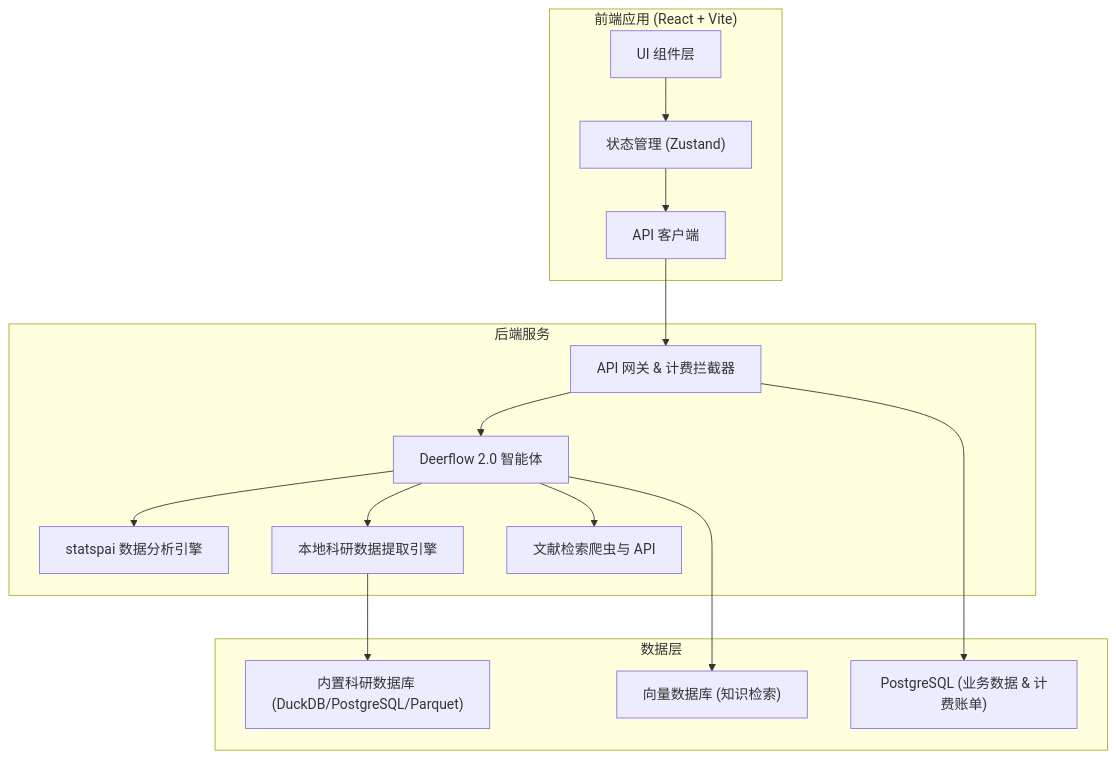
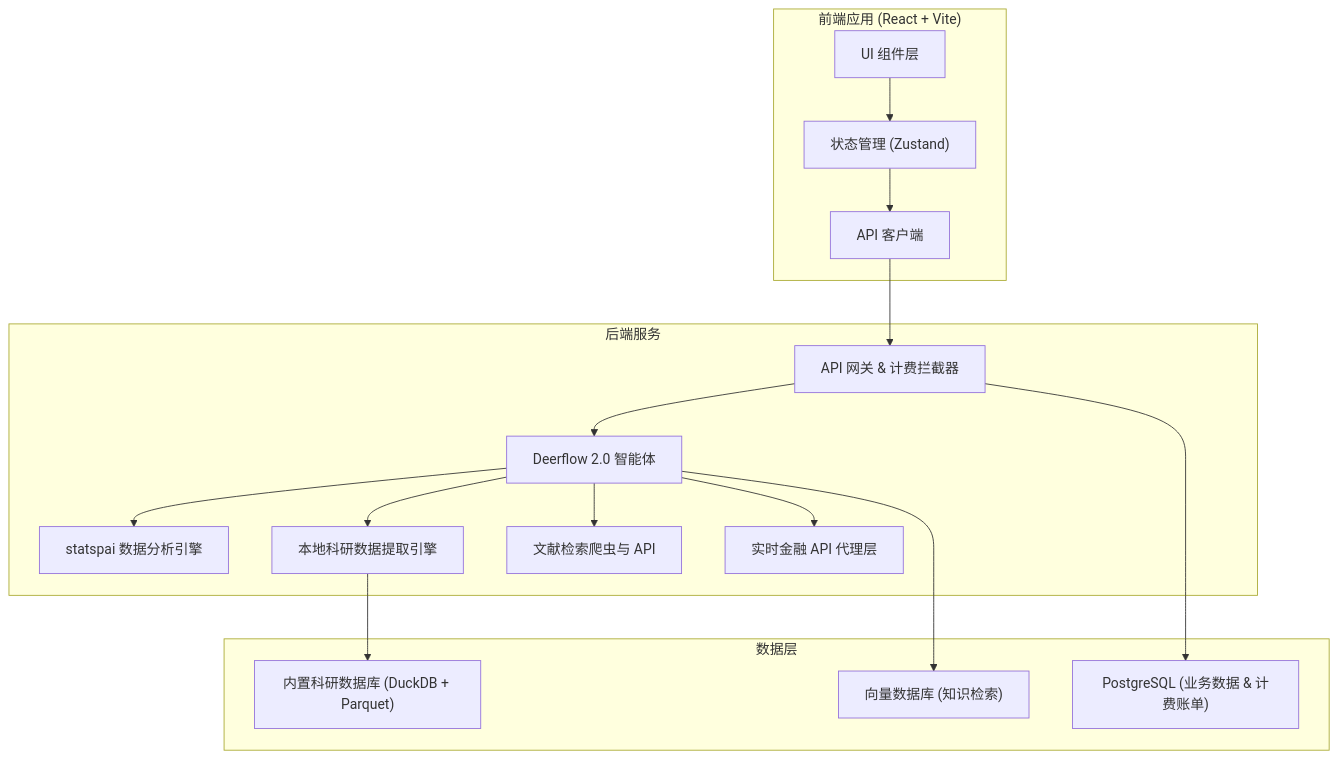
Before and after one commit to ZhangMochen1314/ZhangMochen1314: the first of 3 diagrams in .trae/documents/technical_architecture.md, drawn with Mermaid. The commit also changed other lines of this file and 1 other file, not shown here.

````diff
--- a/.trae/documents/technical_architecture.md
+++ b/.trae/documents/technical_architecture.md
@@ -2,33 +2,35 @@
 ```mermaid
 graph TD
     subgraph "前端应用 (React + Vite)"
         UI["UI 组件层"]
         State["状态管理 (Zustand)"]
         API_Client["API 客户端"]
     end
     
     subgraph "后端服务"
         Gateway["API 网关 & 计费拦截器"]
         Agent["Deerflow 2.0 智能体"]
         Statspai["statspai 数据分析引擎"]
         DataExtractor["本地科研数据提取引擎"]
         LitSearch["文献检索爬虫与 API"]
+        FinanceAPI["实时金融 API 代理层"]
     end
     
     subgraph "数据层"
         DB["PostgreSQL (业务数据 & 计费账单)"]
         VectorDB["向量数据库 (知识检索)"]
-        LocalResearchDB["内置科研数据库 (DuckDB/PostgreSQL/Parquet)"]
+        LocalResearchDB["内置科研数据库 (DuckDB + Parquet)"]
     end
     
     UI --> State
     State --> API_Client
     API_Client --> Gateway
     Gateway --> Agent
     Agent --> Statspai
     Agent --> DataExtractor
     Agent --> LitSearch
+    Agent --> FinanceAPI
     DataExtractor --> LocalResearchDB
     Agent --> VectorDB
     Gateway --> DB
 ```
````
